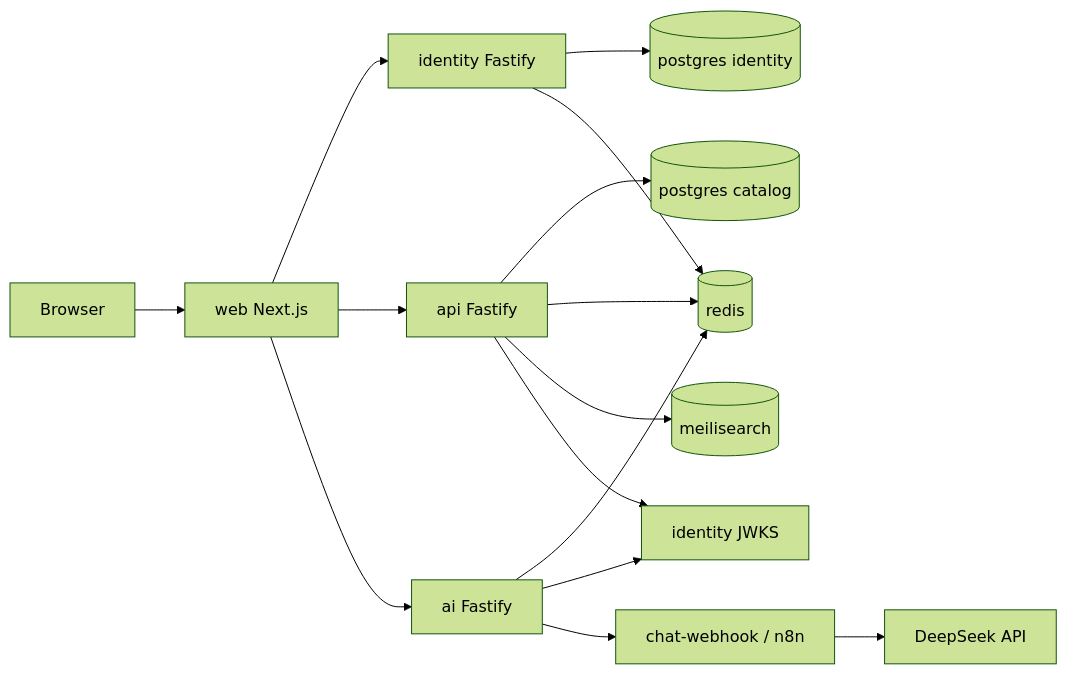
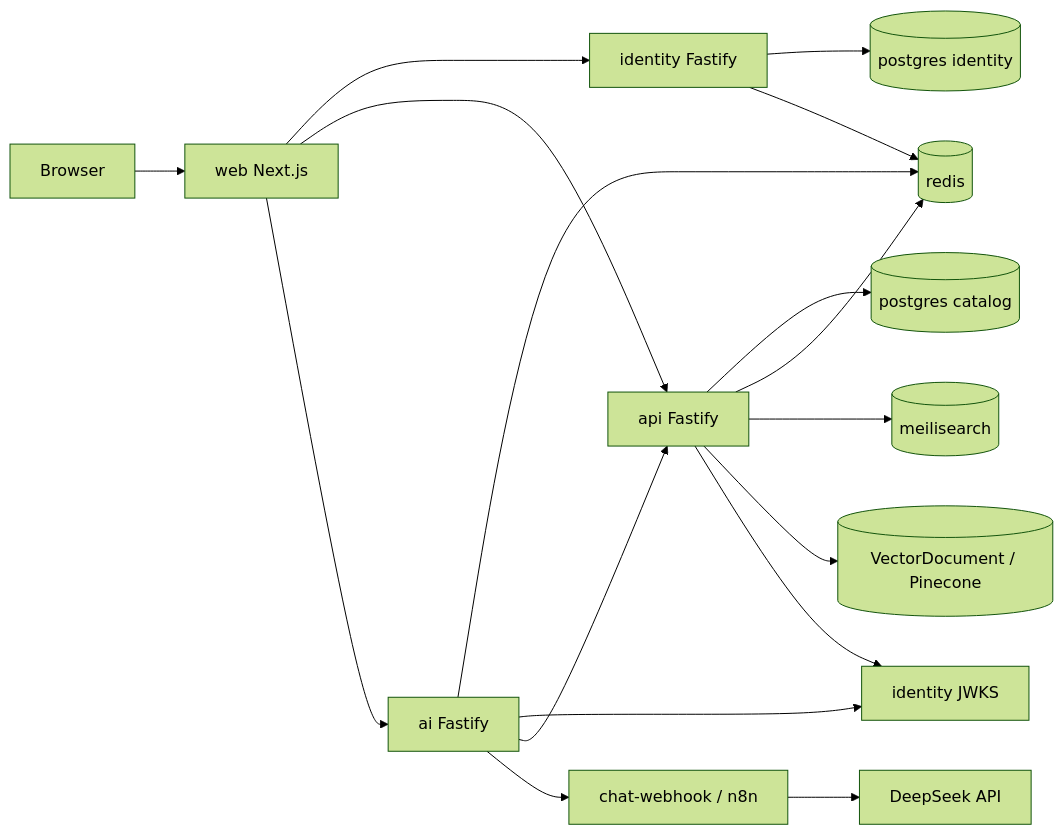
Before and after one commit to JasonTM17/VN_TravelAI: the diagram in docs/system-architecture.md, drawn with Mermaid (forest theme). The commit also changed other lines of this file and 24 other files, not shown here.

````diff
--- a/docs/system-architecture.md
+++ b/docs/system-architecture.md
@@ -10,17 +10,19 @@
 ```mermaid
 flowchart LR
   Browser --> Web[web Next.js]
   Web --> Identity[identity Fastify]
   Web --> API[api Fastify]
   Web --> AI[ai Fastify]
   API --> PG[(postgres catalog)]
   API --> Redis[(redis)]
   API --> Meili[(meilisearch)]
+  API --> Vectors[(VectorDocument / Pinecone)]
   Identity --> PGI[(postgres identity)]
   Identity --> Redis
   AI --> Redis
   AI --> JWKS[identity JWKS]
+  AI --> API
   API --> JWKS
   AI --> Hook[chat-webhook / n8n]
   Hook --> DeepSeek[DeepSeek API]
 ```
````
